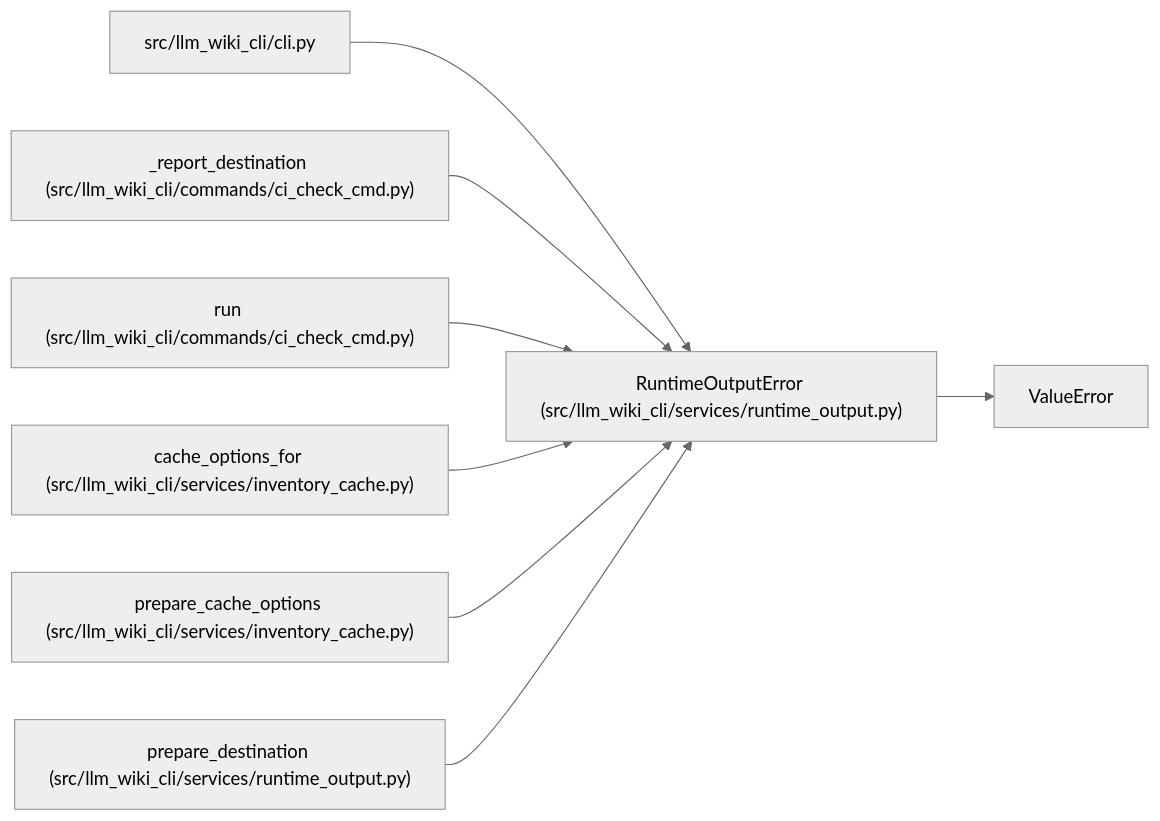
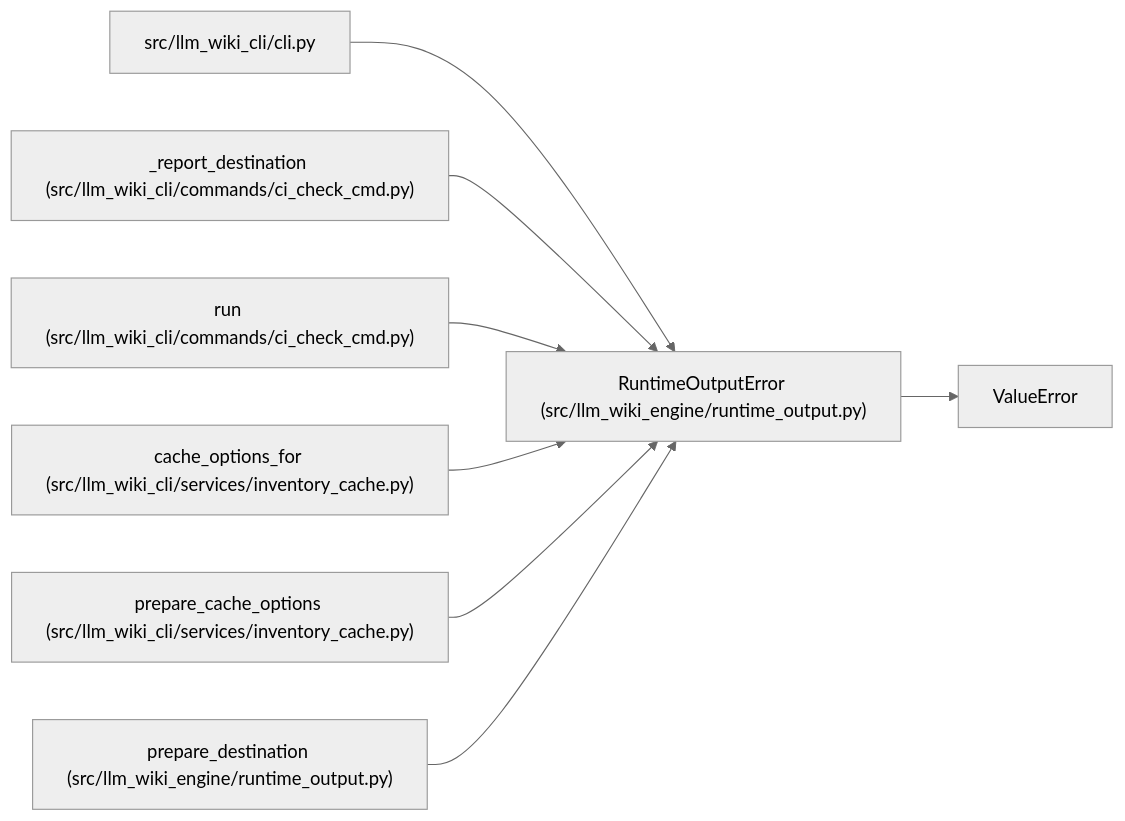
Before and after one commit to Denissvgn/python-wiki-llm: the diagram in docs/llm_wiki/entities/RuntimeOutputError.md, drawn with Mermaid (neutral theme). The commit also changed other lines of this file and 1103 other files, not shown here.

First line of the commit message:
docs: refresh the wiki for the llm-wiki-engine distribution

````diff
--- a/docs/llm_wiki/entities/RuntimeOutputError.md
+++ b/docs/llm_wiki/entities/RuntimeOutputError.md
@@ -23,25 +23,25 @@
 ```mermaid
 flowchart LR
-    n0["RuntimeOutputError (src/llm_wiki_cli/services/runtime_output.py)"]
+    n0["RuntimeOutputError (src/llm_wiki_engine/runtime_output.py)"]
     n1["ValueError"]
     n2["src/llm_wiki_cli/cli.py"]
     n3["_report_destination (src/llm_wiki_cli/commands/ci_check_cmd.py)"]
     n4["run (src/llm_wiki_cli/commands/ci_check_cmd.py)"]
     n5["cache_options_for (src/llm_wiki_cli/services/inventory_cache.py)"]
     n6["prepare_cache_options (src/llm_wiki_cli/services/inventory_cache.py)"]
-    n7["prepare_destination (src/llm_wiki_cli/services/runtime_output.py)"]
+    n7["prepare_destination (src/llm_wiki_engine/runtime_output.py)"]
     n0 --> n1
     n2 --> n0
     n3 --> n0
     n4 --> n0
     n5 --> n0
     n6 --> n0
     n7 --> n0
     click n0 "../modules/runtime_output.md"
     click n2 "../modules/cli.md"
     click n3 "../modules/ci_check_cmd.md"
     click n4 "../modules/ci_check_cmd.md"
     click n5 "../modules/inventory_cache.md"
     click n6 "../modules/inventory_cache.md"
     click n7 "../modules/runtime_output.md"
 ```
````
